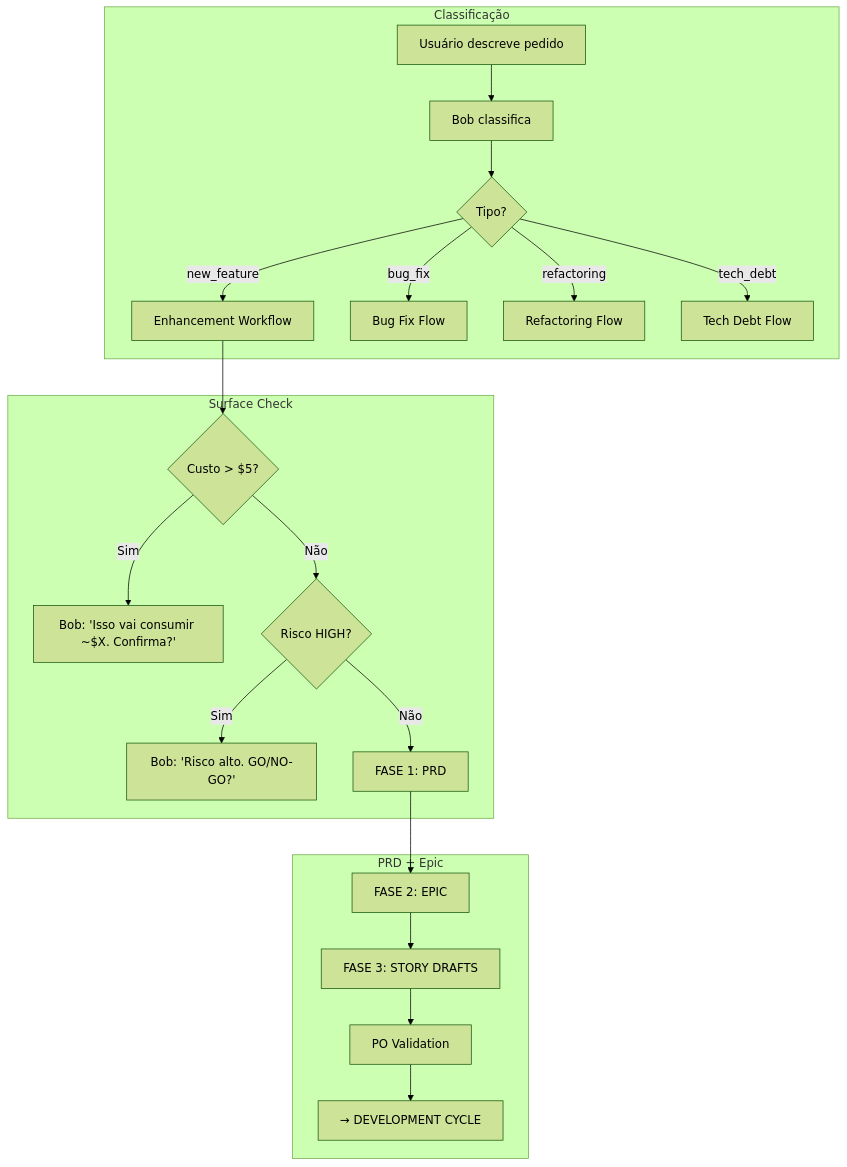
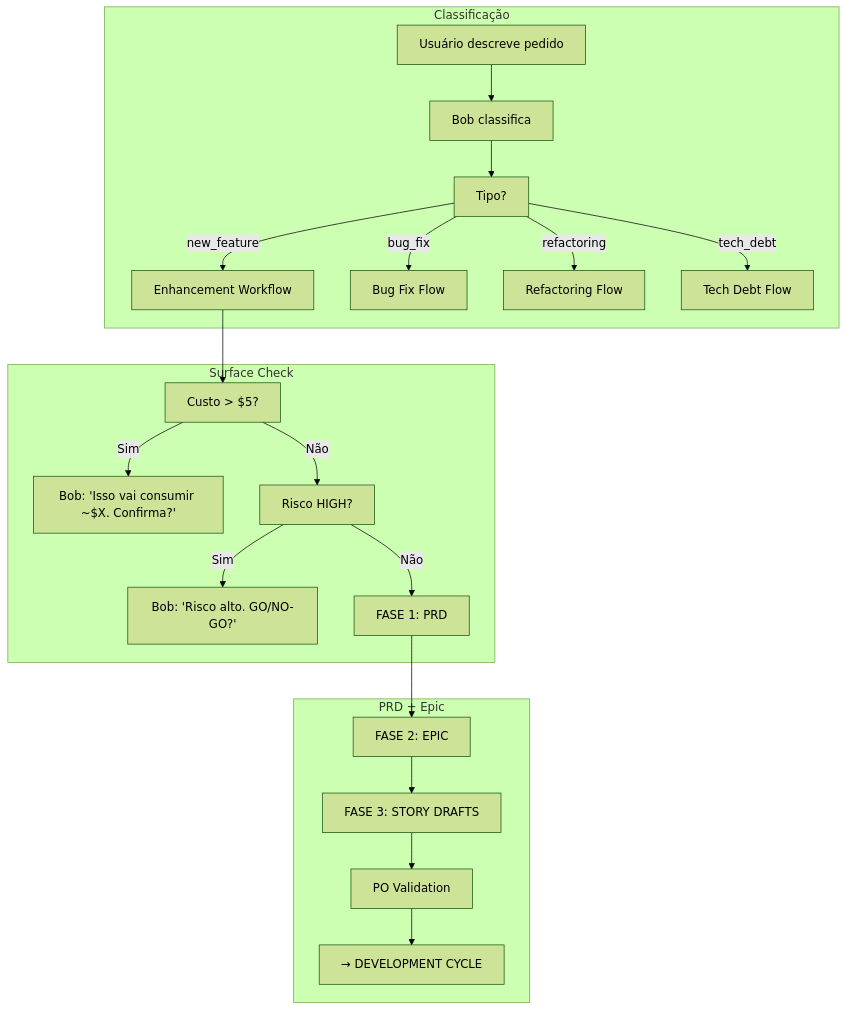
One commit to bychrisr/aios-docs changed the seventh of 17 diagrams in content/en/docs/aios-workflows/bob-orchestrator-workflow.mdx. Above: the diagram before and after it, drawn with Mermaid (forest theme). The commit also changed other lines of this file and 40 other files, not shown here.

````diff
--- a/content/en/docs/aios-workflows/bob-orchestrator-workflow.mdx
+++ b/content/en/docs/aios-workflows/bob-orchestrator-workflow.mdx
@@ -513,26 +513,26 @@
 ```mermaid
 flowchart TB
     subgraph CLASSIFY["Classificação"]
         A["Usuário descreve pedido"] --> B["Bob classifica"]
-        B --> C{"Tipo?"}
+        B --> C["Tipo?"]
         C -->|new_feature| D1["Enhancement Workflow"]
         C -->|bug_fix| D2["Bug Fix Flow"]
         C -->|refactoring| D3["Refactoring Flow"]
         C -->|tech_debt| D4["Tech Debt Flow"]
     end
 
     subgraph SURFACE["Surface Check"]
-        D1 --> S1{"Custo > $5?"}
+        D1 --> S1["Custo > $5?"]
         S1 -->|Sim| S2["Bob: 'Isso vai consumir ~$X. Confirma?'"]
-        S1 -->|Não| S3{"Risco HIGH?"}
+        S1 -->|Não| S3["Risco HIGH?"]
         S3 -->|Sim| S4["Bob: 'Risco alto. GO/NO-GO?'"]
         S3 -->|Não| PRD
     end
 
     subgraph PRD_EPIC["PRD + Epic"]
         PRD["FASE 1: PRD"] --> EPIC["FASE 2: EPIC"]
         EPIC --> STORIES["FASE 3: STORY DRAFTS"]
         STORIES --> VALIDATE["PO Validation"]
         VALIDATE --> DEV["→ DEVELOPMENT CYCLE"]
     end
 ```
````
